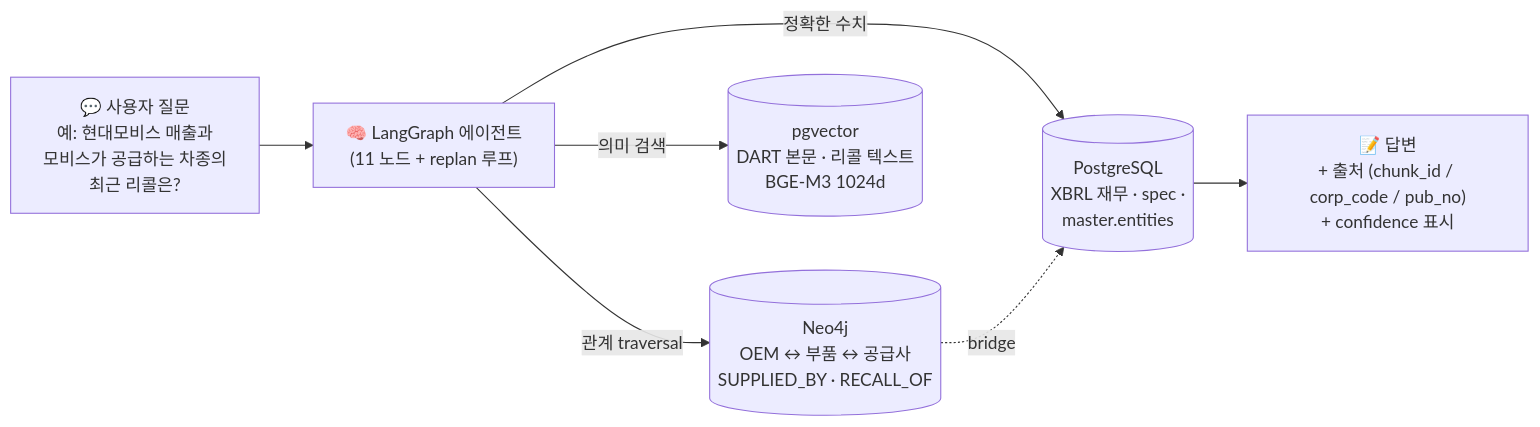
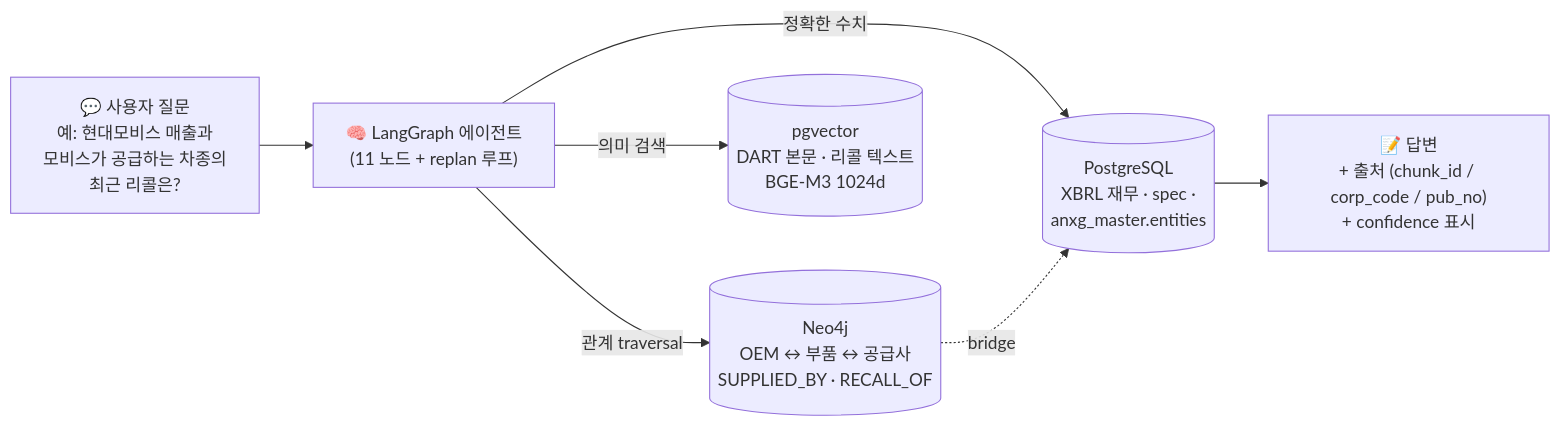
One commit to areumsim/AutoNexusGraph changed the first of 7 diagrams in docs/learning_guide.md. Above: the diagram before and after it, drawn with Mermaid. The commit also changed other lines of this file and 25 other files, not shown here.

First line of the commit message:
docs: bare-schema → anxg_ 프리픽스 줄별 치환 (26개 문서, 634건) (#47)

````diff
--- a/docs/learning_guide.md
+++ b/docs/learning_guide.md
@@ -60,10 +60,10 @@
 ```mermaid
 flowchart LR
     Q["💬 사용자 질문<br/>예: 현대모비스 매출과<br/>모비스가 공급하는 차종의<br/>최근 리콜은?"]
     Q --> AGENT["🧠 LangGraph 에이전트<br/>(11 노드 + replan 루프)"]
     AGENT -->|"관계 traversal"| NEO[("Neo4j<br/>OEM ↔ 부품 ↔ 공급사<br/>SUPPLIED_BY · RECALL_OF")]
-    AGENT -->|"정확한 수치"| PG[("PostgreSQL<br/>XBRL 재무 · spec ·<br/>master.entities")]
+    AGENT -->|"정확한 수치"| PG[("PostgreSQL<br/>XBRL 재무 · spec ·<br/>anxg_master.entities")]
     AGENT -->|"의미 검색"| VEC[("pgvector<br/>DART 본문 · 리콜 텍스트<br/>BGE-M3 1024d")]
     NEO -.bridge.-> PG
     PG --> ANS["📝 답변<br/>+ 출처 (chunk_id / corp_code / pub_no)<br/>+ confidence 표시"]
 ```
````
